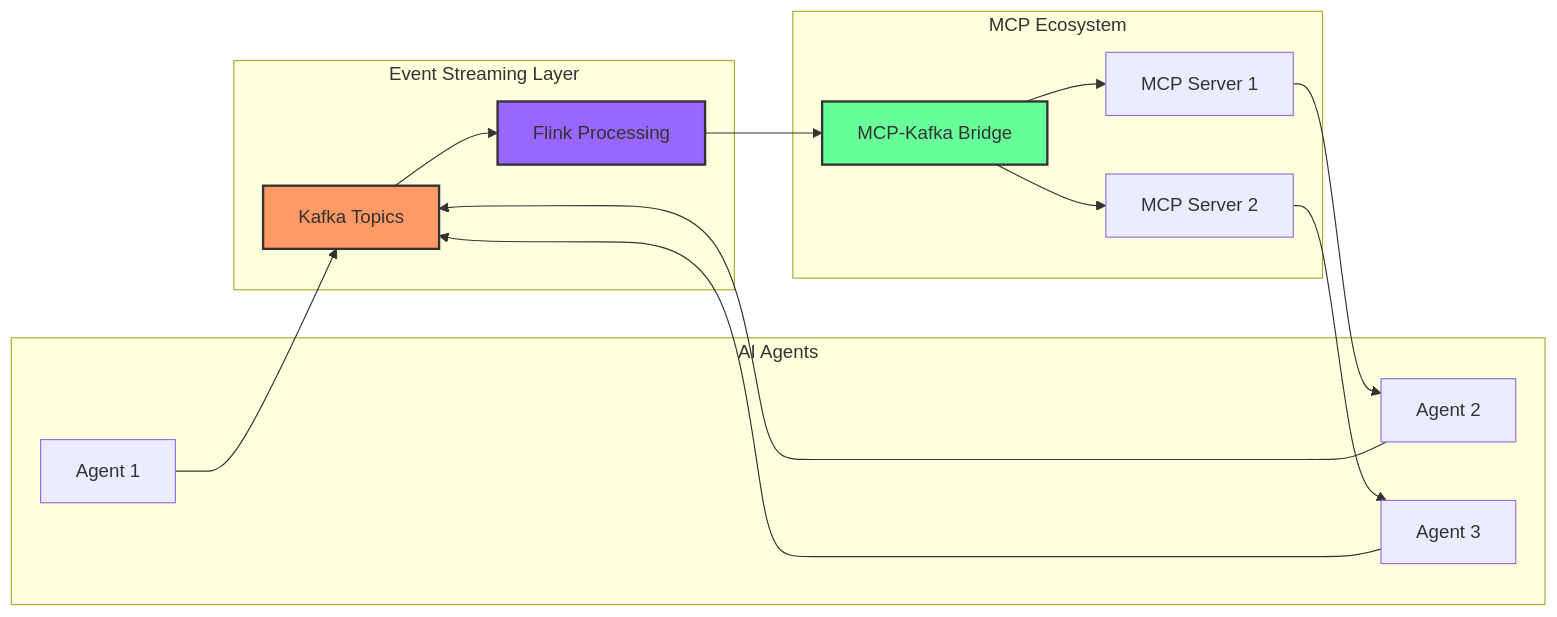
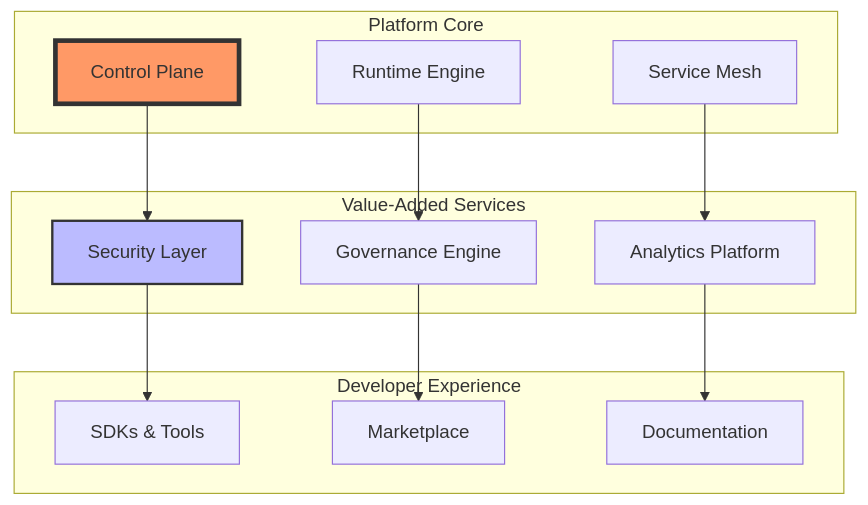
One commit to felipepimentel/my-public-notes changed the third of 17 diagrams in docs/AI/Comunicação/MCP/16-mcp-analise preditiva.md. Above: the diagram before and after it, drawn with Mermaid. The commit also changed other lines of this file and 11 other files, not shown here.

````diff
--- a/docs/AI/Comunicação/MCP/16-mcp-analise preditiva.md
+++ b/docs/AI/Comunicação/MCP/16-mcp-analise preditiva.md
@@ -72,35 +176,31 @@
 ```mermaid
-graph LR
-    subgraph "Event Streaming Layer"
-        K[Kafka Topics]
-        F[Flink Processing]
+graph TD
+    subgraph "Platform Core"
+        PC[Control Plane]
+        RT[Runtime Engine]
+        SM[Service Mesh]
     end
     
-    subgraph "MCP Ecosystem"
-        M1[MCP Server 1]
-        M2[MCP Server 2]
-        Bridge[MCP-Kafka Bridge]
+    subgraph "Value-Added Services"
+        SEC[Security Layer]
+        GOV[Governance Engine]
+        ANL[Analytics Platform]
     end
     
-    subgraph "AI Agents"
-        A1[Agent 1]
-        A2[Agent 2]
-        A3[Agent 3]
+    subgraph "Developer Experience"
+        SDK[SDKs & Tools]
+        MKT[Marketplace]
+        DOC[Documentation]
     end
     
-    A1 --> K
-    A2 --> K
-    A3 --> K
+    PC --> SEC
+    RT --> GOV
+    SM --> ANL
     
-    K --> F
-    F --> Bridge
-    Bridge --> M1
-    Bridge --> M2
+    SEC --> SDK
+    GOV --> MKT
+    ANL --> DOC
     
-    M1 --> A2
-    M2 --> A3
-    
-    style K fill:#f96,stroke:#333,stroke-width:2px
-    style F fill:#96f,stroke:#333,stroke-width:2px
-    style Bridge fill:#6f9,stroke:#333,stroke-width:2px
+    style PC fill:#f96,stroke:#333,stroke-width:4px
+    style SEC fill:#bbf,stroke:#333,stroke-width:2px
 ```
````
